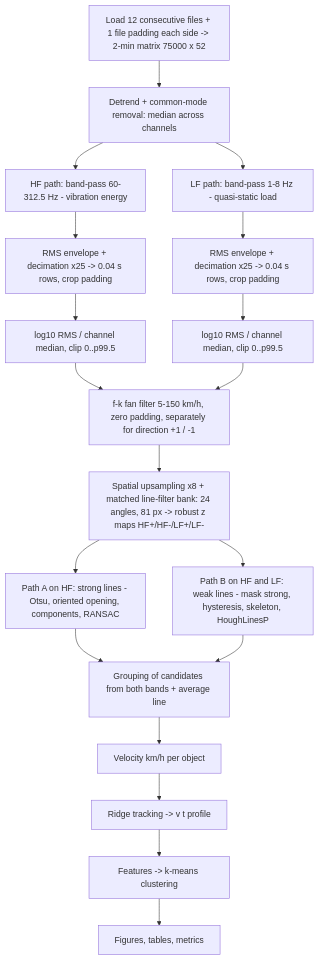
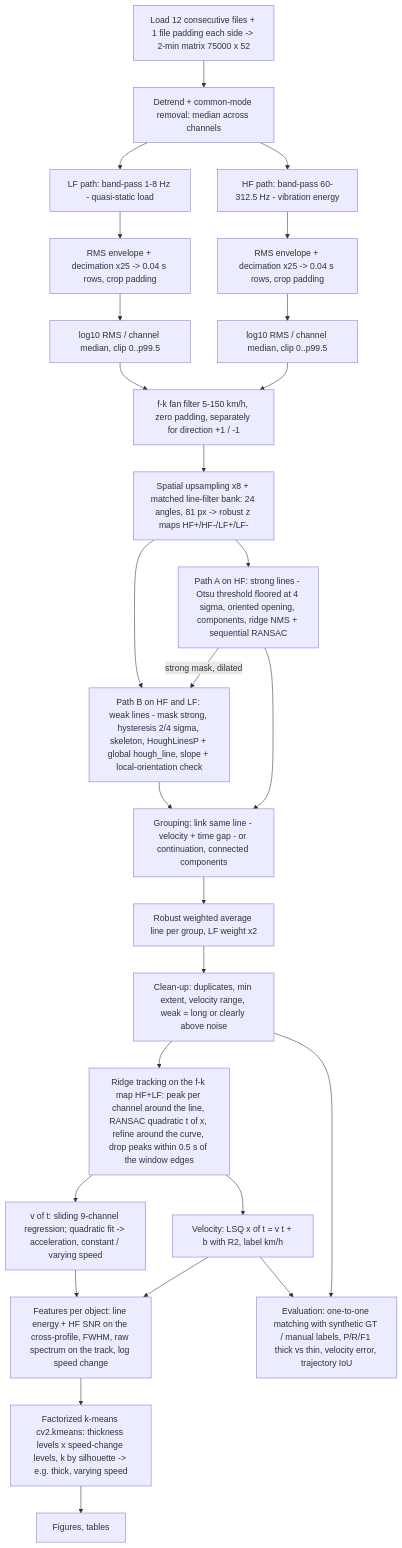
The diagram in docs/flowchart.md (KubaBan84/Object_detection_from_DAS), drawn with Mermaid before and after one commit. The commit also changed other lines of this file and 114 other files, not shown here.

````diff
--- a/docs/flowchart.md
+++ b/docs/flowchart.md
@@ -3,21 +7,29 @@
 ```mermaid
 flowchart TD
     A[Load 12 consecutive files + 1 file padding each side -> 2-min matrix 75000 x 52] --> B[Detrend + common-mode removal: median across channels]
     B --> HF1[HF path: band-pass 60-312.5 Hz - vibration energy]
     B --> LF1[LF path: band-pass 1-8 Hz - quasi-static load]
     HF1 --> HF2[RMS envelope + decimation x25 -> 0.04 s rows, crop padding]
     LF1 --> LF2[RMS envelope + decimation x25 -> 0.04 s rows, crop padding]
     HF2 --> HF3[log10 RMS / channel median, clip 0..p99.5]
     LF2 --> LF3[log10 RMS / channel median, clip 0..p99.5]
     HF3 --> F[f-k fan filter 5-150 km/h, zero padding, separately for direction +1 / -1]
     LF3 --> F
     F --> H[Spatial upsampling x8 + matched line-filter bank: 24 angles, 81 px -> robust z maps HF+/HF-/LF+/LF-]
-    H --> S[Path A on HF: strong lines - Otsu, oriented opening, components, RANSAC]
-    H --> W[Path B on HF and LF: weak lines - mask strong, hysteresis, skeleton, HoughLinesP]
-    S --> M[Grouping of candidates from both bands + average line]
+    H --> S[Path A on HF: strong lines - Otsu threshold floored at 4 sigma, oriented opening, components, ridge NMS + sequential RANSAC]
+    S -->|strong mask, dilated| W
+    H --> W[Path B on HF and LF: weak lines - mask strong, hysteresis 2/4 sigma, skeleton, HoughLinesP + global hough_line, slope + local-orientation check]
+    S --> M[Grouping: link same line - velocity + time gap - or continuation, connected components]
     W --> M
-    M --> V[Velocity km/h per object]
-    V --> T[Ridge tracking -> v t profile]
-    T --> K[Features -> k-means clustering]
-    K --> R[Figures, tables, metrics]
+    M --> MA[Robust weighted average line per group, LF weight x2]
+    MA --> MD[Clean-up: duplicates, min extent, velocity range, weak = long or clearly above noise]
+    MD --> T[Ridge tracking on the f-k map HF+LF: peak per channel around the line, RANSAC quadratic t of x, refine around the curve, drop peaks within 0.5 s of the window edges]
+    T --> V[Velocity: LSQ x of t = v t + b with R2, label km/h]
+    T --> VT[v of t: sliding 9-channel regression; quadratic fit -> acceleration, constant / varying speed]
+    V --> FE[Features per object: line energy + HF SNR on the cross-profile, FWHM, raw spectrum on the track, log speed change]
+    VT --> FE
+    FE --> K[Factorized k-means cv2.kmeans: thickness levels x speed-change levels, k by silhouette -> e.g. thick, varying speed]
+    K --> R[Figures, tables]
+    MD --> EV[Evaluation: one-to-one matching with synthetic GT / manual labels, P/R/F1 thick vs thin, velocity error, trajectory IoU]
+    V --> EV
 ```
````
